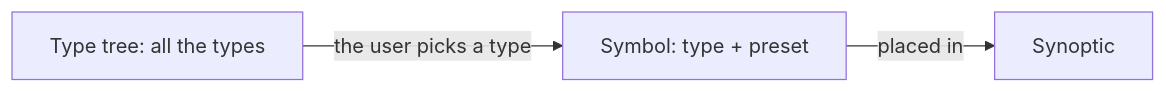
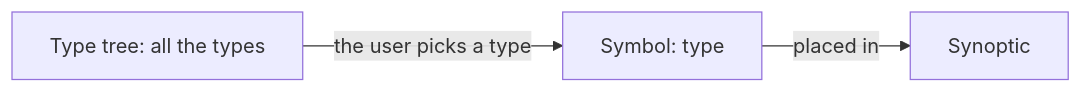
Before and after one commit to AlexandreGallais/synoptic-studio-spec: the third of 50 diagrams in metadata/draft.md, drawn with Mermaid. The commit also changed other lines of this file and 65 other files, not shown here.

````diff
--- a/metadata/draft.md
+++ b/metadata/draft.md
@@ -74,5 +74,5 @@
 ```mermaid
 flowchart LR
-    L["Type tree: all the types"] -->|"the user picks a type"| S["Symbol: type + preset"]
+    L["Type tree: all the types"] -->|"the user picks a type"| S["Symbol: type"]
     S -->|"placed in"| Y["Synoptic"]
 ```
````
